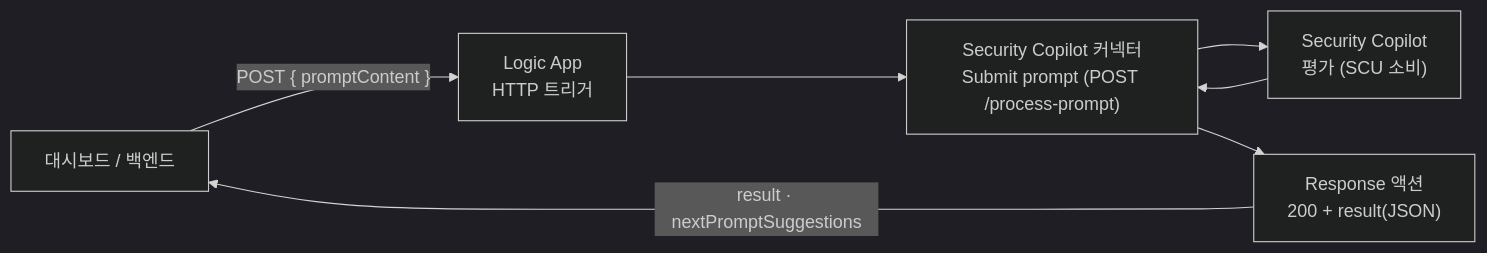
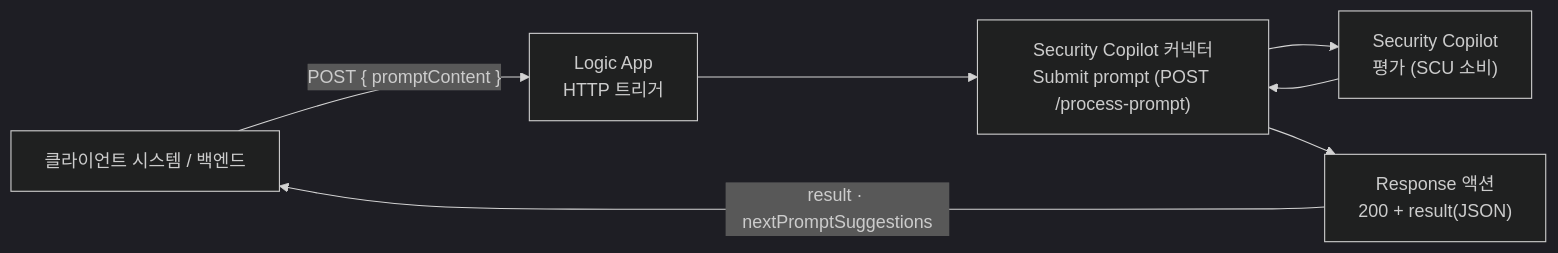
One commit to akimcse/security-copilot-guide-kr changed the diagram in 08-api-usage.md. Above: the diagram before and after it, drawn with Mermaid (dark theme). The commit also changed other lines of this file and 1 other file, not shown here.

First line of the commit message:
Ch08: generalize wording (Logic Apps resource, client systems over dashboard)

````diff
--- a/08-api-usage.md
+++ b/08-api-usage.md
@@ -44,9 +44,9 @@
 ```mermaid
 flowchart LR
-    A["대시보드 / 백엔드"] -->|"POST { promptContent }"| B["Logic App<br/>HTTP 트리거"]
+    A["클라이언트 시스템 / 백엔드"] -->|"POST { promptContent }"| B["Logic App<br/>HTTP 트리거"]
     B --> C["Security Copilot 커넥터<br/>Submit prompt (POST /process-prompt)"]
     C --> D["Security Copilot<br/>평가 (SCU 소비)"]
     D --> C
     C --> E["Response 액션<br/>200 + result(JSON)"]
     E -->|"result · nextPromptSuggestions"| A
 ```
````
